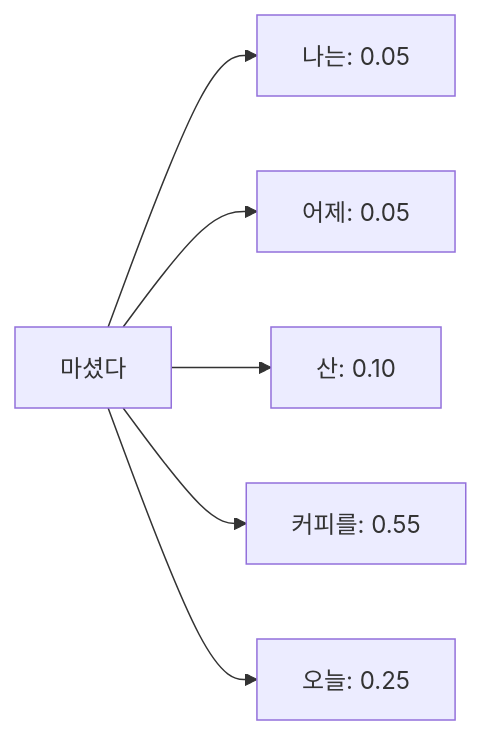
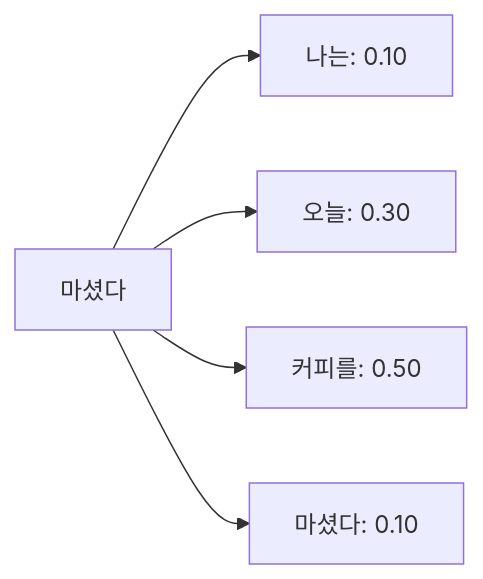
The third of 10 diagrams in src/content/blog/2026-07-02-llm-transformer와-self-attention-이해하기.md (jwsung91/jwsung91.github.io), drawn with Mermaid before and after one commit. The commit also changed other lines of this file and 35 other files, not shown here.

````diff
--- a/src/content/blog/2026-07-02-llm-transformer와-self-attention-이해하기.md
+++ b/src/content/blog/2026-07-02-llm-transformer와-self-attention-이해하기.md
@@ -108,8 +110,7 @@
 ```mermaid
 flowchart LR
-    A[마셨다] --> B[나는: 0.05]
-    A --> C[어제: 0.05]
-    A --> D[산: 0.10]
-    A --> E[커피를: 0.55]
-    A --> F[오늘: 0.25]
+    A[마셨다] --> B[나는: 0.10]
+    A --> C[오늘: 0.30]
+    A --> D[커피를: 0.50]
+    A --> E[마셨다: 0.10]
 ```
````
